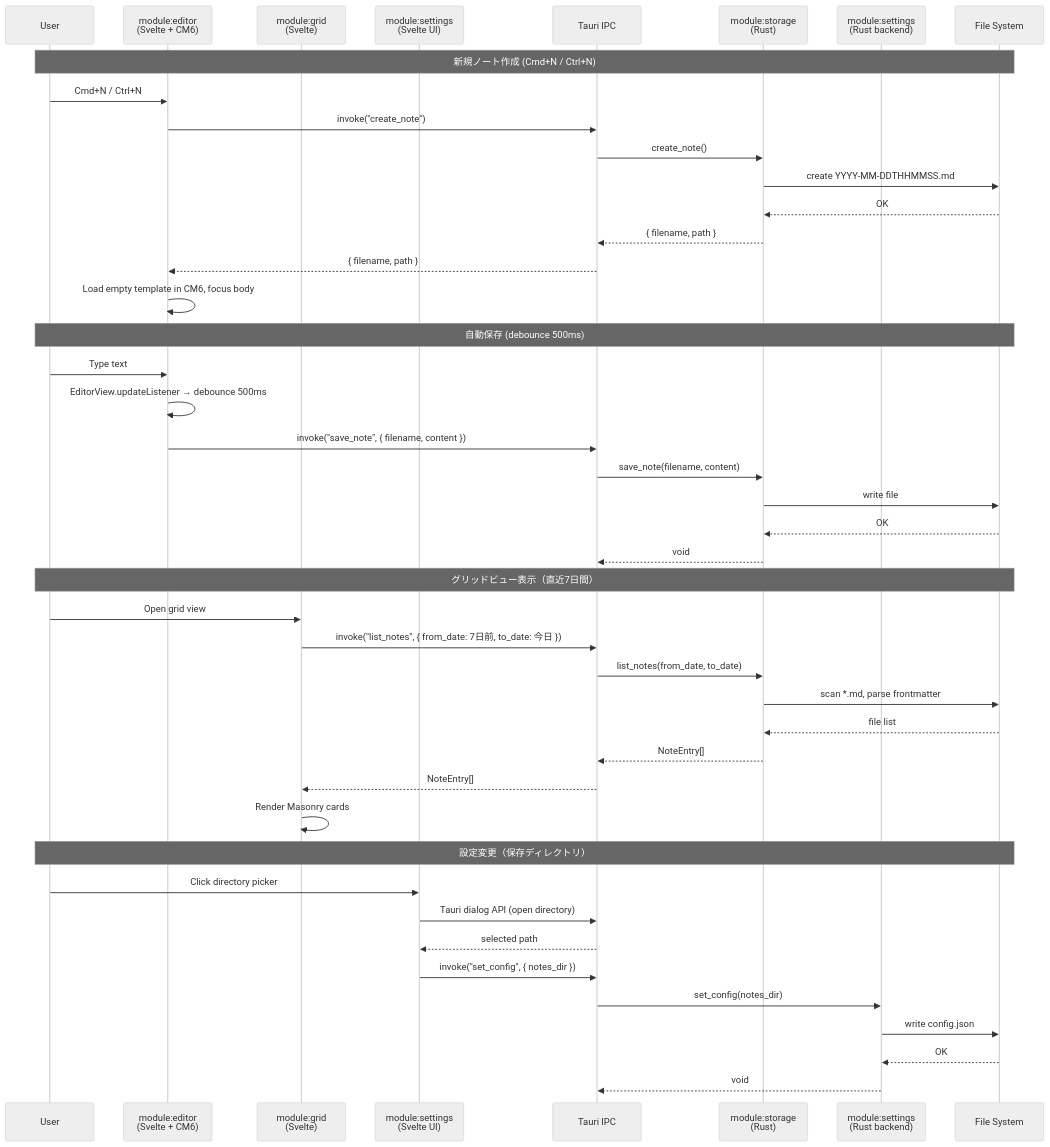
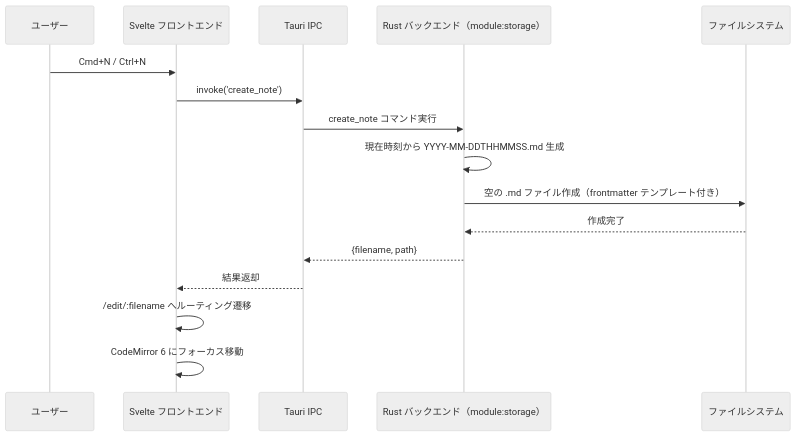
The third of 4 diagrams in docs/detailed_design/component_architecture.md (dev-komenzar/prompt-notes), drawn with Mermaid (neutral theme) before and after one commit. The commit also changed other lines of this file and 3 other files, not shown here.

````diff
--- a/docs/detailed_design/component_architecture.md
+++ b/docs/detailed_design/component_architecture.md
@@ -96,50 +142,19 @@
 ```mermaid
 sequenceDiagram
-    participant User
-    participant SvelteEditor as module:editor<br/>(Svelte + CM6)
-    participant SvelteGrid as module:grid<br/>(Svelte)
-    participant SvelteSettings as module:settings<br/>(Svelte UI)
+    participant User as ユーザー
+    participant FE as Svelte フロントエンド
     participant IPC as Tauri IPC
-    participant RustStorage as module:storage<br/>(Rust)
-    participant RustConfig as module:settings<br/>(Rust backend)
-    participant FS as File System
+    participant RS as Rust バックエンド（module:storage）
+    participant FS as ファイルシステム
 
-    Note over User,FS: 新規ノート作成 (Cmd+N / Ctrl+N)
-    User->>SvelteEditor: Cmd+N / Ctrl+N
-    SvelteEditor->>IPC: invoke("create_note")
-    IPC->>RustStorage: create_note()
-    RustStorage->>FS: create YYYY-MM-DDTHHMMSS.md
-    FS-->>RustStorage: OK
-    RustStorage-->>IPC: { filename, path }
-    IPC-->>SvelteEditor: { filename, path }
-    SvelteEditor->>SvelteEditor: Load empty template in CM6, focus body
-
-    Note over User,FS: 自動保存 (debounce 500ms)
-    User->>SvelteEditor: Type text
-    SvelteEditor->>SvelteEditor: EditorView.updateListener → debounce 500ms
-    SvelteEditor->>IPC: invoke("save_note", { filename, content })
-    IPC->>RustStorage: save_note(filename, content)
-    RustStorage->>FS: write file
-    FS-->>RustStorage: OK
-    RustStorage-->>IPC: void
-
-    Note over User,FS: グリッドビュー表示（直近7日間）
-    User->>SvelteGrid: Open grid view
-    SvelteGrid->>IPC: invoke("list_notes", { from_date: 7日前, to_date: 今日 })
-    IPC->>RustStorage: list_notes(from_date, to_date)
-    RustStorage->>FS: scan *.md, parse frontmatter
-    FS-->>RustStorage: file list
-    RustStorage-->>IPC: NoteEntry[]
-    IPC-->>SvelteGrid: NoteEntry[]
-    SvelteGrid->>SvelteGrid: Render Masonry cards
-
-    Note over User,FS: 設定変更（保存ディレクトリ）
-    User->>SvelteSettings: Click directory picker
-    SvelteSettings->>IPC: Tauri dialog API (open directory)
-    IPC-->>SvelteSettings: selected path
-    SvelteSettings->>IPC: invoke("set_config", { notes_dir })
-    IPC->>RustConfig: set_config(notes_dir)
-    RustConfig->>FS: write config.json
-    FS-->>RustConfig: OK
-    RustConfig-->>IPC: void
+    User->>FE: Cmd+N / Ctrl+N
+    FE->>IPC: invoke('create_note')
+    IPC->>RS: create_note コマンド実行
+    RS->>RS: 現在時刻から YYYY-MM-DDTHHMMSS.md 生成
+    RS->>FS: 空の .md ファイル作成（frontmatter テンプレート付き）
+    FS-->>RS: 作成完了
+    RS-->>IPC: {filename, path}
+    IPC-->>FE: 結果返却
+    FE->>FE: /edit/:filename へルーティング遷移
+    FE->>FE: CodeMirror 6 にフォーカス移動
 ```
````
